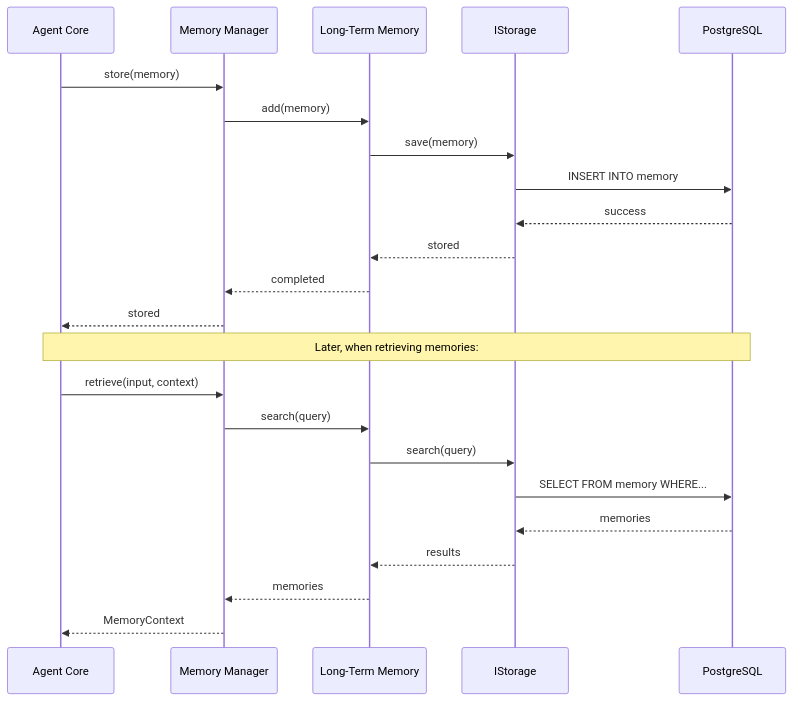
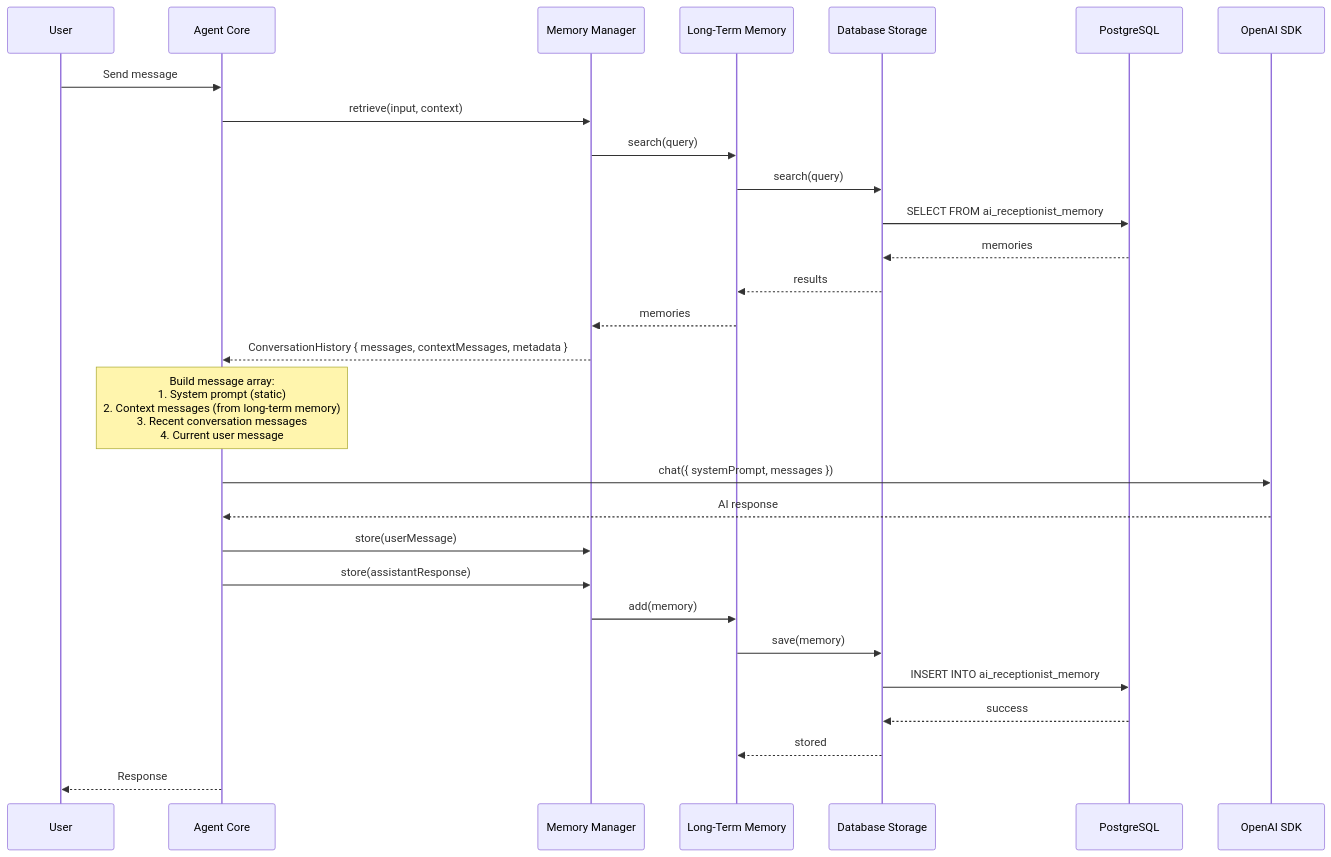
The second of 2 diagrams in docs/architecture/storage.md (KennethAtchon/AI-receptionist), drawn with Mermaid before and after one commit. The commit also changed other lines of this file and 4 other files, not shown here.

````diff
--- a/docs/architecture/storage.md
+++ b/docs/architecture/storage.md
@@ -76,27 +93,33 @@
 ```mermaid
 sequenceDiagram
+    participant User
     participant Agent as Agent Core
     participant MemoryManager as Memory Manager
     participant LongTerm as Long-Term Memory
-    participant Storage as IStorage
+    participant Storage as Database Storage
     participant DB as PostgreSQL
+    participant AIProvider as OpenAI SDK
 
-    Agent->>MemoryManager: store(memory)
-    MemoryManager->>LongTerm: add(memory)
-    LongTerm->>Storage: save(memory)
-    Storage->>DB: INSERT INTO memory
-    DB-->>Storage: success
-    Storage-->>LongTerm: stored
-    LongTerm-->>MemoryManager: completed
-    MemoryManager-->>Agent: stored
-
-    Note over Agent,DB: Later, when retrieving memories:
+    User->>Agent: Send message
     Agent->>MemoryManager: retrieve(input, context)
     MemoryManager->>LongTerm: search(query)
     LongTerm->>Storage: search(query)
-    Storage->>DB: SELECT FROM memory WHERE...
+    Storage->>DB: SELECT FROM ai_receptionist_memory
     DB-->>Storage: memories
     Storage-->>LongTerm: results
     LongTerm-->>MemoryManager: memories
-    MemoryManager-->>Agent: MemoryContext
+    MemoryManager-->>Agent: ConversationHistory { messages, contextMessages, metadata }
+
+    Note over Agent: Build message array:<br/>1. System prompt (static)<br/>2. Context messages (from long-term memory)<br/>3. Recent conversation messages<br/>4. Current user message
+
+    Agent->>AIProvider: chat({ systemPrompt, messages })
+    AIProvider-->>Agent: AI response
+    Agent->>MemoryManager: store(userMessage)
+    Agent->>MemoryManager: store(assistantResponse)
+    MemoryManager->>LongTerm: add(memory)
+    LongTerm->>Storage: save(memory)
+    Storage->>DB: INSERT INTO ai_receptionist_memory
+    DB-->>Storage: success
+    Storage-->>LongTerm: stored
+    Agent-->>User: Response
 ```
````
